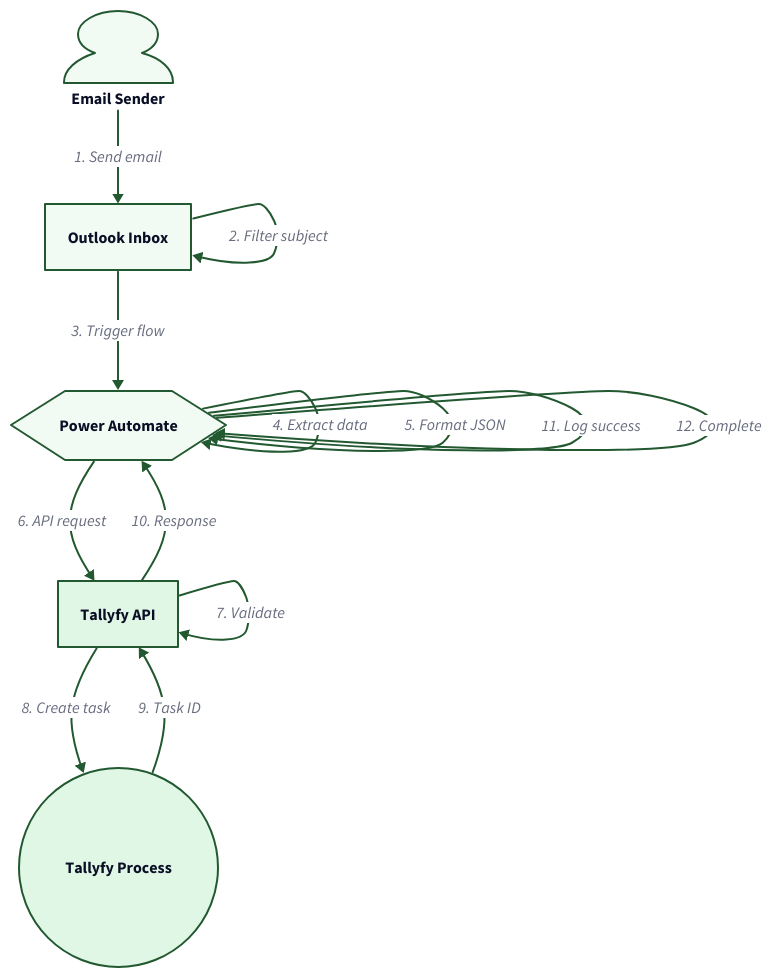
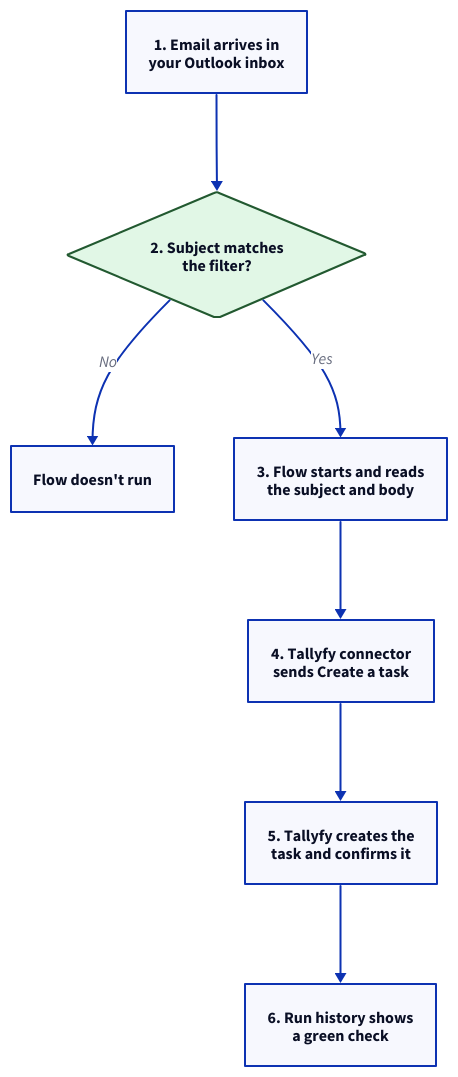
The diagram in src/content/docs/pro/integrations/middleware/power-automate/creating-your-first-flow-in-power-automate.mdx (tallyfy/documentation), drawn with D2 before and after one commit. The commit also changed other lines of this file and 14 other files, not shown here.

First line of the commit message:
Redraw 15 diagrams and remove 1 so their text reads at full size

````diff
--- a/src/content/docs/pro/integrations/middleware/power-automate/creating-your-first-flow-in-power-automate.mdx
+++ b/src/content/docs/pro/integrations/middleware/power-automate/creating-your-first-flow-in-power-automate.mdx
@@ -38,84 +38,21 @@
 ```d2
+# Email to Tallyfy task flow in Power Automate
 direction: down
 
-# Actors
-E: Email Sender {
-  shape: person
-  style.fill: "#f2faf4"
-  style.stroke: "#225930"
-}
-
-O: Outlook Inbox {
-  shape: rectangle
-  style.fill: "#f2faf4"
-  style.stroke: "#225930"
-}
-
-PA: Power Automate {
-  shape: hexagon
-  style.fill: "#f2faf4"
-  style.stroke: "#225930"
-}
-
-T: Tallyfy API {
-  shape: rectangle
+S1: "1. Email arrives in\nyour Outlook inbox"
+S2: "2. Subject matches\nthe filter?" {
+  shape: diamond
   style.fill: "#e1f7e6"
   style.stroke: "#225930"
 }
+Skip: "Flow doesn't run"
+S3: "3. Flow starts and reads\nthe subject and body"
+S4: "4. Tallyfy connector\nsends Create a task"
+S5: "5. Tallyfy creates the\ntask and confirms it"
+S6: "6. Run history shows\na green check"
 
-TP: Tallyfy Process {
-  shape: circle
-  style.fill: "#e1f7e6"
-  style.stroke: "#225930"
-  style.stroke-width: 2
-}
-
-# Flow
-E -> O: 1. Send email {
-  style.stroke: "#225930"
-}
-
-O -> O: 2. Filter subject {
-  style.stroke: "#225930"
-}
-
-O -> PA: 3. Trigger flow {
-  style.stroke: "#225930"
-}
-
-PA -> PA: 4. Extract data {
-  style.stroke: "#225930"
-}
-
-PA -> PA: 5. Format JSON {
-  style.stroke: "#225930"
-}
-
-PA -> T: 6. API request {
-  style.stroke: "#225930"
-}
-
-T -> T: 7. Validate {
-  style.stroke: "#225930"
-}
-
-T -> TP: 8. Create task {
-  style.stroke: "#225930"
-}
-
-TP -> T: 9. Task ID {
-  style.stroke: "#225930"
-}
-
-T -> PA: 10. Response {
-  style.stroke: "#225930"
-}
-
-PA -> PA: 11. Log success {
-  style.stroke: "#225930"
-}
-
-PA -> PA: 12. Complete {
-  style.stroke: "#225930"
-}
+S1 -> S2
+S2 -> Skip: No
+S2 -> S3: Yes
+S3 -> S4 -> S5 -> S6
 ```
````
